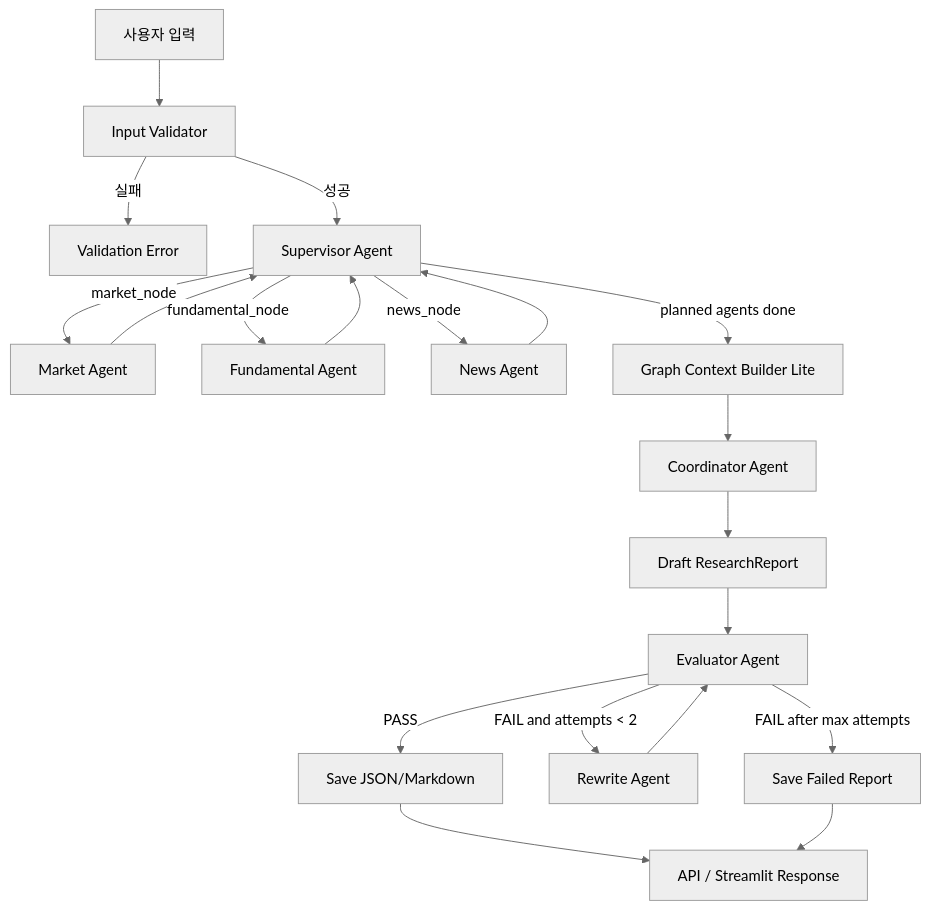
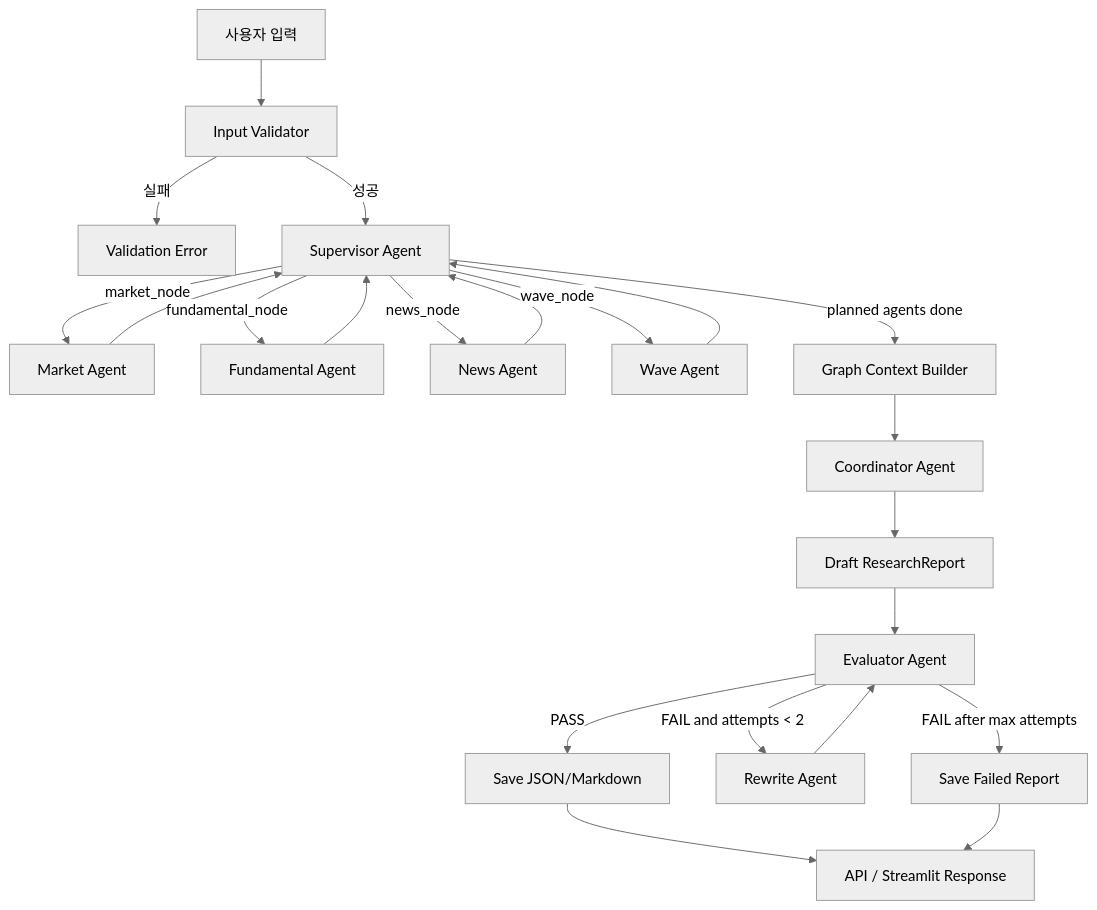
One commit to hyunn9799/FinSight_Guard changed the first of 2 diagrams in README.md. Above: the diagram before and after it, drawn with Mermaid (neutral theme). The commit also changed other lines of this file and 11 other files, not shown here.

First line of the commit message:
docs: reposition project as Neo4j GraphRAG financial scenario assistant

````diff
--- a/README.md
+++ b/README.md
@@ -63,27 +75,29 @@
 ```mermaid
 flowchart TD
     U[사용자 입력] --> V[Input Validator]
     V -->|실패| END1[Validation Error]
     V -->|성공| S[Supervisor Agent]
 
     S -->|market_node| M[Market Agent]
     S -->|fundamental_node| F[Fundamental Agent]
     S -->|news_node| N[News Agent]
+    S -->|wave_node| WV[Wave Agent]
 
     M --> S
     F --> S
     N --> S
+    WV --> S
 
-    S -->|planned agents done| G[Graph Context Builder Lite]
+    S -->|planned agents done| G[Graph Context Builder]
     G --> C[Coordinator Agent]
     C --> R[Draft ResearchReport]
     R --> E[Evaluator Agent]
 
     E -->|PASS| SAVE[Save JSON/Markdown]
     E -->|FAIL and attempts < 2| W[Rewrite Agent]
     W --> E
     E -->|FAIL after max attempts| SAVE_FAIL[Save Failed Report]
 
     SAVE --> OUT[API / Streamlit Response]
     SAVE_FAIL --> OUT
 ```
````
